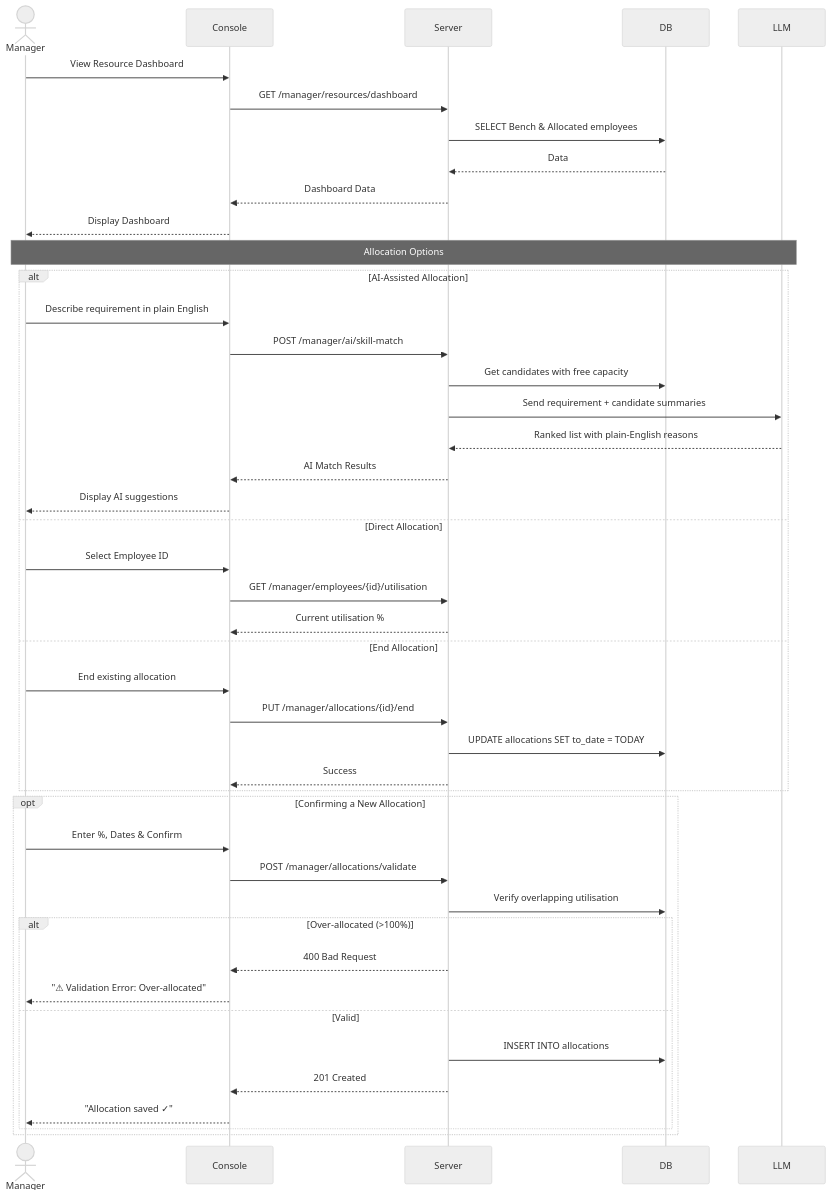
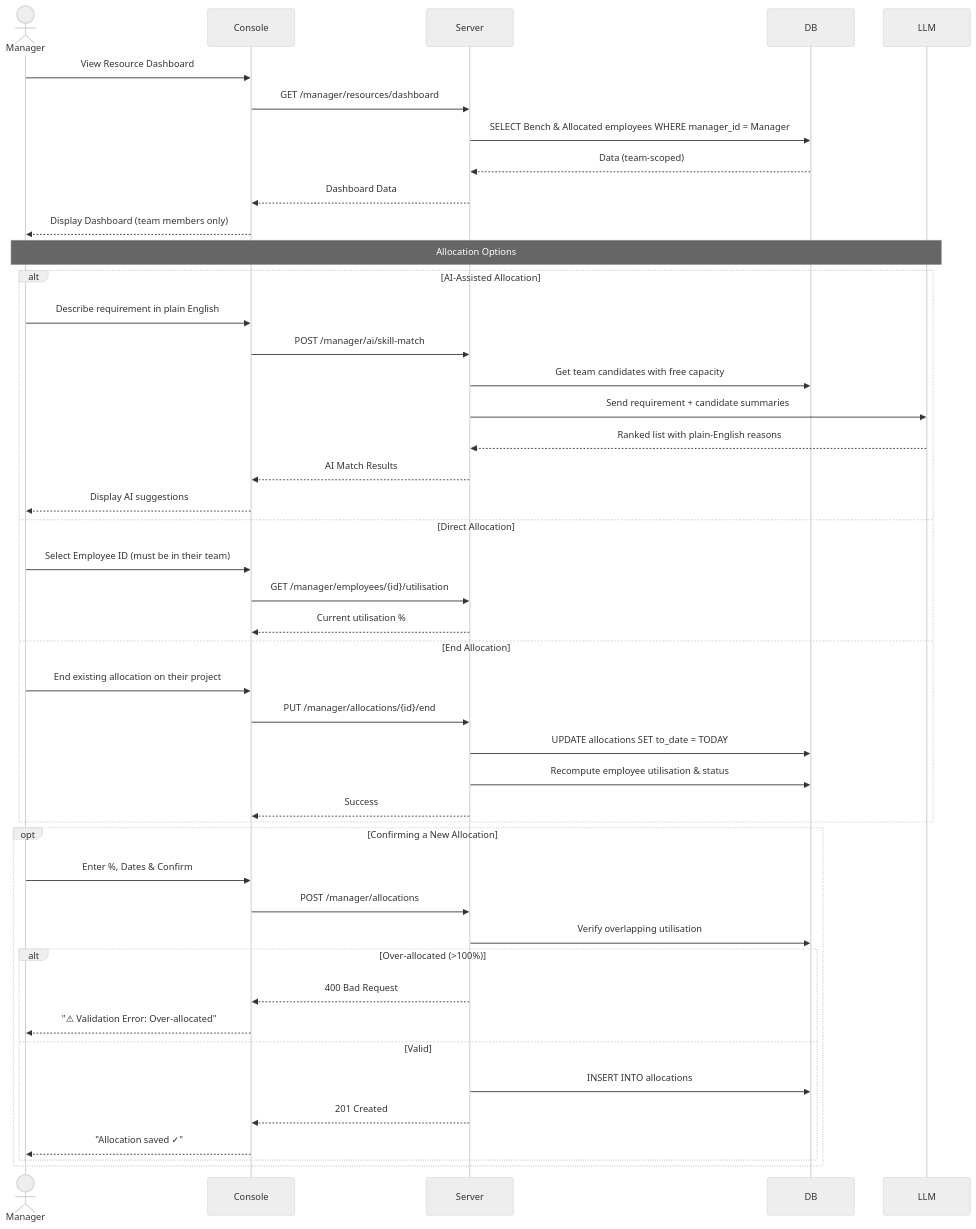
One commit to RiyaAmetaITT/Project-Resource-Management-tool changed the third of 5 diagrams in UML Design/sequence_diagrams.md. Above: the diagram before and after it, drawn with Mermaid (neutral theme). The commit also changed other lines of this file and 4 other files, not shown here.

Commit message:
Updated the design diagrams

````diff
--- a/UML Design/sequence_diagrams.md
+++ b/UML Design/sequence_diagrams.md
@@ -95,50 +111,51 @@
 ```mermaid
 sequenceDiagram
     actor Manager
     participant Console
     participant Server
     participant DB
     participant LLM
 
     Manager->>Console: View Resource Dashboard
     Console->>Server: GET /manager/resources/dashboard
-    Server->>DB: SELECT Bench & Allocated employees
-    DB-->>Server: Data
+    Server->>DB: SELECT Bench & Allocated employees WHERE manager_id = Manager
+    DB-->>Server: Data (team-scoped)
     Server-->>Console: Dashboard Data
-    Console-->>Manager: Display Dashboard
+    Console-->>Manager: Display Dashboard (team members only)
 
     Note over Manager,LLM: Allocation Options
 
     alt AI-Assisted Allocation
         Manager->>Console: Describe requirement in plain English
         Console->>Server: POST /manager/ai/skill-match
-        Server->>DB: Get candidates with free capacity
+        Server->>DB: Get team candidates with free capacity
         Server->>LLM: Send requirement + candidate summaries
         LLM-->>Server: Ranked list with plain-English reasons
         Server-->>Console: AI Match Results
         Console-->>Manager: Display AI suggestions
     else Direct Allocation
-        Manager->>Console: Select Employee ID
+        Manager->>Console: Select Employee ID (must be in their team)
         Console->>Server: GET /manager/employees/{id}/utilisation
         Server-->>Console: Current utilisation %
     else End Allocation
-        Manager->>Console: End existing allocation
+        Manager->>Console: End existing allocation on their project
         Console->>Server: PUT /manager/allocations/{id}/end
         Server->>DB: UPDATE allocations SET to_date = TODAY
+        Server->>DB: Recompute employee utilisation & status
         Server-->>Console: Success
     end
 
     opt Confirming a New Allocation
         Manager->>Console: Enter %, Dates & Confirm
-        Console->>Server: POST /manager/allocations/validate
+        Console->>Server: POST /manager/allocations
         Server->>DB: Verify overlapping utilisation
         alt Over-allocated (>100%)
             Server-->>Console: 400 Bad Request
             Console-->>Manager: "⚠ Validation Error: Over-allocated"
         else Valid
             Server->>DB: INSERT INTO allocations
             Server-->>Console: 201 Created
             Console-->>Manager: "Allocation saved ✓"
         end
     end
 ```
````
